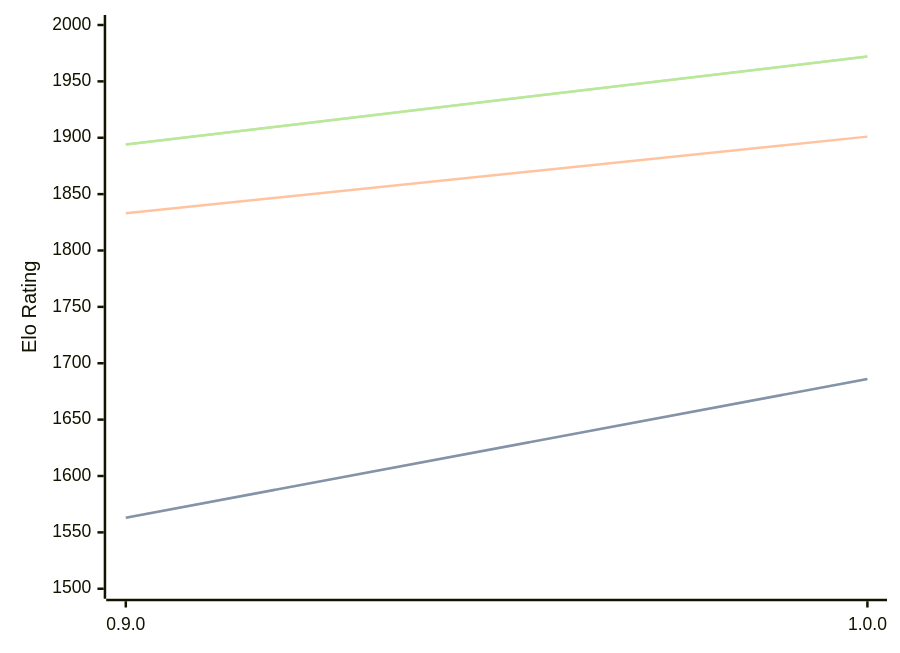
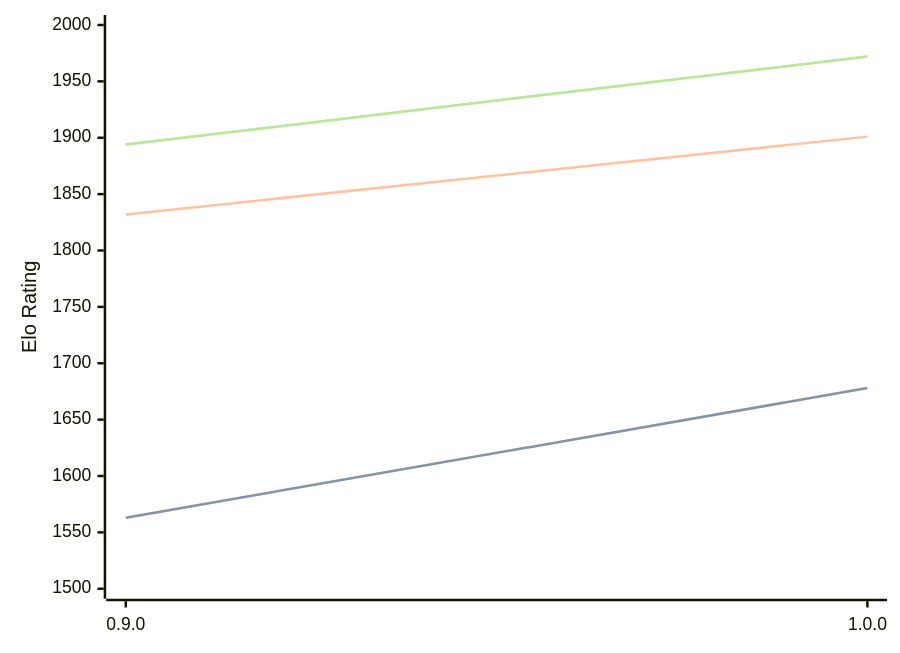
Before and after one commit to computer-chess-index/cci: the diagram in engines/Ratsu.md, drawn with Mermaid. The commit also changed other lines of this file, not shown here.

Commit message:
Update CCI Ratings (ELO VLTC) - 2026-03-17

````diff
--- a/engines/Ratsu.md
+++ b/engines/Ratsu.md
@@ -30,11 +30,11 @@
 ```mermaid
 %%{init: {"theme":"base","themeVariables":{"seriesColors:['#a3a3a3','#222221','#faa371']}}}%%
 xychart-beta
   x-axis ["0.9.0", "1.0.0"]
   y-axis "Elo Rating" 1500 --> 2000
-  line "STC (8.0+0.08s)" [1563, 1686]
-  line "STC (8.0+0.08s)" [1563, 1686]
-  line "LTC (60.0+0.60s)" [1833, 1901]
+  line "STC (8.0+0.08s)" [1563, 1678]
+  line "STC (8.0+0.08s)" [1563, 1678]
+  line "LTC (60.0+0.60s)" [1832, 1901]
   line "VLTC (2m24s+1.12s)" [1894, 1972]
   line "VLTC (2m24s+1.12s)" [1894, 1972]
 ```
````
